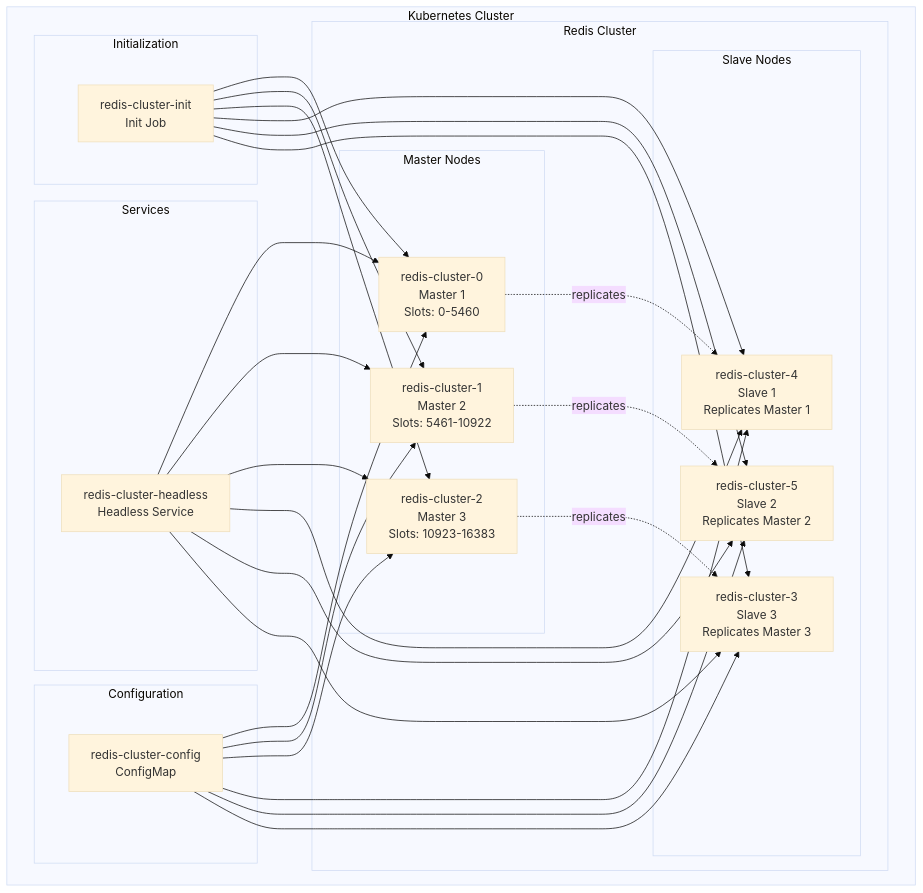
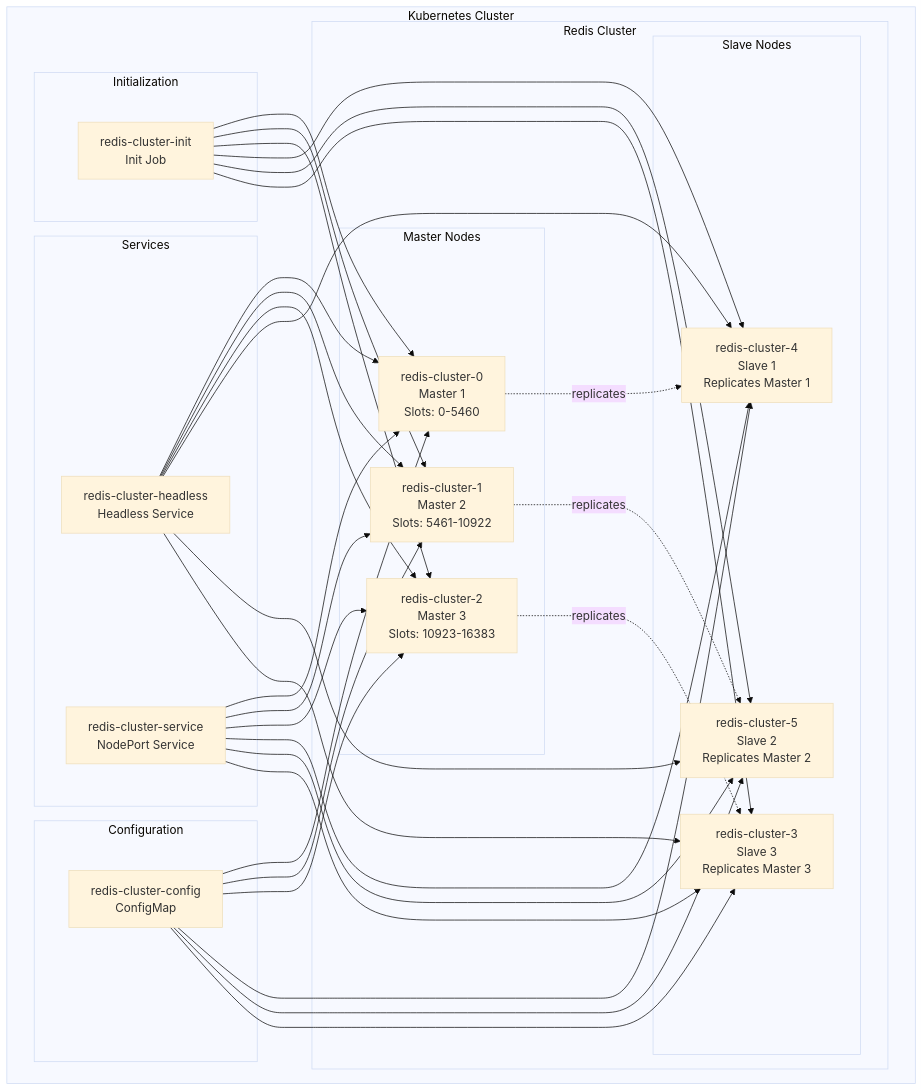
One commit to seeun0210/redis changed the diagram in README.md. Above: the diagram before and after it, drawn with Mermaid (base theme). The commit also changed other lines of this file and 4 other files, not shown here.

Commit message:
feat: NodePort 서비스추가 및 서비 로드밸런싱으로 단일 연결 설정

````diff
--- a/README.md
+++ b/README.md
@@ -7,55 +7,63 @@
 ```mermaid
 graph TB
     subgraph "Kubernetes Cluster"
         subgraph "Redis Cluster"
             subgraph "Master Nodes"
                 M1[redis-cluster-0<br/>Master 1<br/>Slots: 0-5460]
                 M2[redis-cluster-1<br/>Master 2<br/>Slots: 5461-10922]
                 M3[redis-cluster-2<br/>Master 3<br/>Slots: 10923-16383]
             end
 
             subgraph "Slave Nodes"
                 S1[redis-cluster-4<br/>Slave 1<br/>Replicates Master 1]
                 S2[redis-cluster-5<br/>Slave 2<br/>Replicates Master 2]
                 S3[redis-cluster-3<br/>Slave 3<br/>Replicates Master 3]
             end
         end
 
         subgraph "Services"
             HS[redis-cluster-headless<br/>Headless Service]
+            NS[redis-cluster-service<br/>NodePort Service]
         end
 
         subgraph "Configuration"
             CM[redis-cluster-config<br/>ConfigMap]
         end
 
         subgraph "Initialization"
             JOB[redis-cluster-init<br/>Init Job]
         end
     end
 
     M1 -.->|replicates| S1
     M2 -.->|replicates| S2
     M3 -.->|replicates| S3
 
     HS --> M1
     HS --> M2
     HS --> M3
     HS --> S1
     HS --> S2
     HS --> S3
 
+    NS --> M1
+    NS --> M2
+    NS --> M3
+    NS --> S1
+    NS --> S2
+    NS --> S3
+
     CM --> M1
     CM --> M2
     CM --> M3
     CM --> S1
     CM --> S2
     CM --> S3
 
     JOB --> M1
     JOB --> M2
     JOB --> M3
     JOB --> S1
     JOB --> S2
     JOB --> S3
 ```
````
